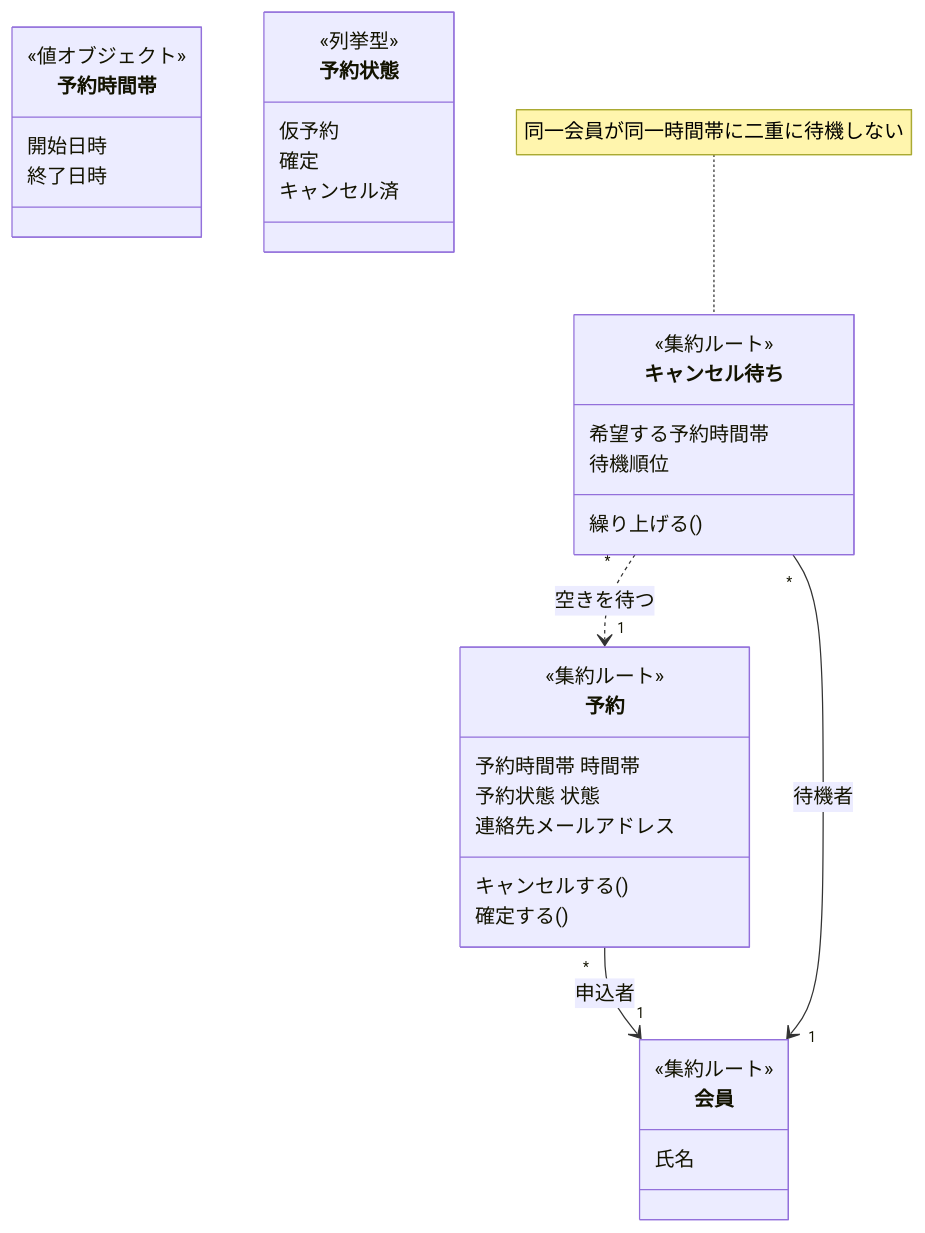
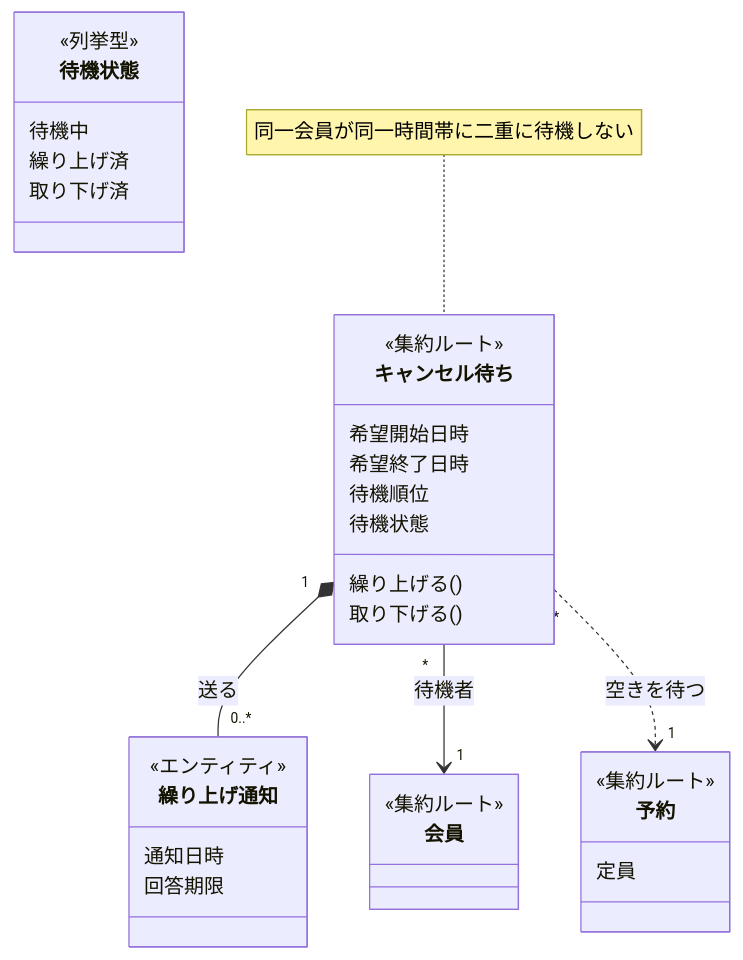
The third of 3 diagrams in .agents/skills/domain-modeling/references/domain-model-notation.md (wezard706/dotfiles), drawn with Mermaid before and after one commit. The commit also changed other lines of this file and 2 other files, not shown here.

First line of the commit message:
fix: ドメインモデル図の出力範囲を絞り込み

````diff
--- a/.agents/skills/domain-modeling/references/domain-model-notation.md
+++ b/.agents/skills/domain-modeling/references/domain-model-notation.md
@@ -159,38 +148,36 @@
 ```mermaid
 classDiagram
+    class キャンセル待ち {
+        <<集約ルート>>
+        希望開始日時
+        希望終了日時
+        待機順位
+        待機状態
+        繰り上げる()
+        取り下げる()
+    }
+    class 繰り上げ通知 {
+        <<エンティティ>>
+        通知日時
+        回答期限
+    }
+    class 待機状態 {
+        <<列挙型>>
+        待機中
+        繰り上げ済
+        取り下げ済
+    }
     class 予約 {
         <<集約ルート>>
-        予約時間帯 時間帯
-        予約状態 状態
-        連絡先メールアドレス
-        キャンセルする()
-        確定する()
-    }
-    class 予約時間帯 {
-        <<値オブジェクト>>
-        開始日時
-        終了日時
-    }
-    class 予約状態 {
-        <<列挙型>>
-        仮予約
-        確定
-        キャンセル済
-    }
-    class キャンセル待ち {
-        <<集約ルート>>
-        希望する予約時間帯
-        待機順位
-        繰り上げる()
+        定員
     }
     class 会員 {
         <<集約ルート>>
-        氏名
     }
 
-    予約 "*" --> "1" 会員 : 申込者
+    キャンセル待ち "1" *-- "0..*" 繰り上げ通知 : 送る
     キャンセル待ち "*" --> "1" 会員 : 待機者
     キャンセル待ち "*" ..> "1" 予約 : 空きを待つ
 
     note for キャンセル待ち "同一会員が同一時間帯に二重に待機しない"
 ```
````
